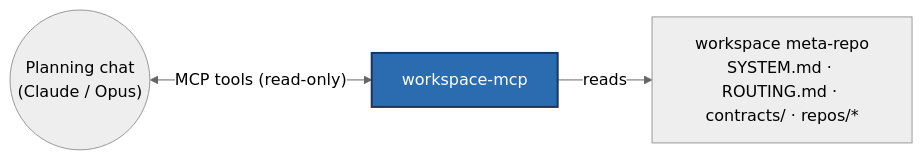
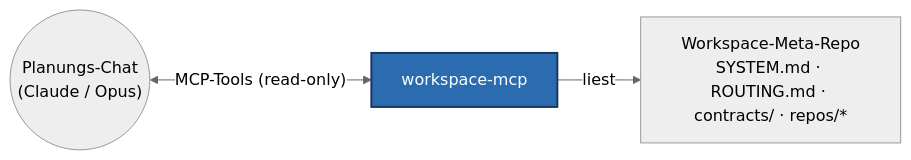
Before and after one commit to charlieLucke/workspace-mcp: the diagram in README.md, drawn with Mermaid (neutral theme). The commit also changed other lines of this file and 17 other files, not shown here.

````diff
--- a/README.md
+++ b/README.md
@@ -19,7 +19,7 @@
 ```mermaid
 flowchart LR
-    P(("Planning chat<br/>(Claude / Opus)")) <-->|"MCP tools (read-only)"| W["workspace-mcp"]
-    W -->|"reads"| WS["workspace meta-repo<br/>SYSTEM.md · ROUTING.md · contracts/ · repos/*"]
+    P(("Planungs-Chat<br/>(Claude / Opus)")) <-->|"MCP-Tools (read-only)"| W["workspace-mcp"]
+    W -->|"liest"| WS["Workspace-Meta-Repo<br/>SYSTEM.md · ROUTING.md · contracts/ · repos/*"]
     classDef here fill:#2b6cb0,stroke:#1a365d,color:#fff,stroke-width:2px;
     class W here
 ```
````
